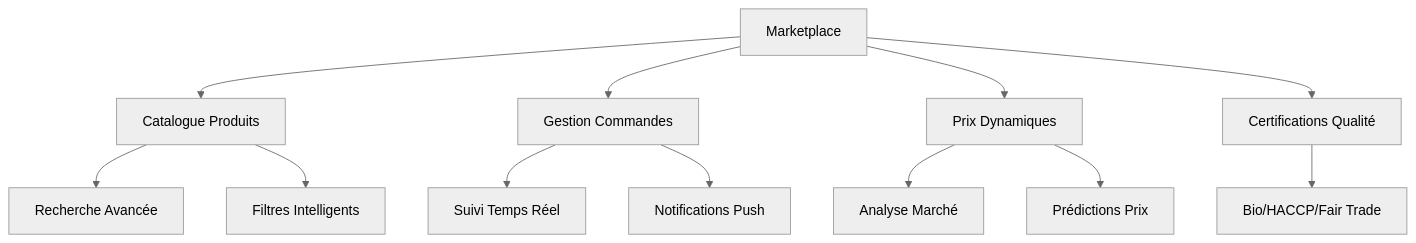
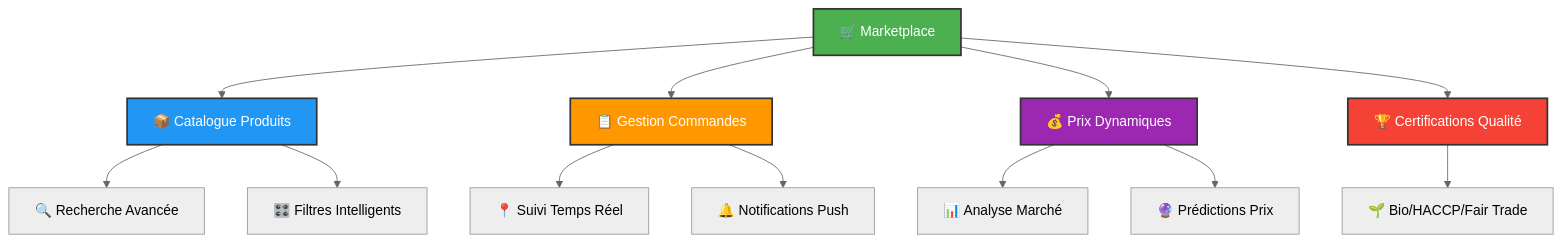
Before and after one commit to MaximeKELI/Projet-AGRICOLE: the fourth of 13 diagrams in README.md, drawn with Mermaid (neutral theme). The commit also changed other lines of this file and 2 other files, not shown here.

````diff
--- a/README.md
+++ b/README.md
@@ -117,14 +470,20 @@
 ```mermaid
 graph TD
-    A[Marketplace] --> B[Catalogue Produits]
-    A --> C[Gestion Commandes]
-    A --> D[Prix Dynamiques]
-    A --> E[Certifications Qualité]
-    B --> F[Recherche Avancée]
-    B --> G[Filtres Intelligents]
-    C --> H[Suivi Temps Réel]
-    C --> I[Notifications Push]
-    D --> J[Analyse Marché]
-    D --> K[Prédictions Prix]
-    E --> L[Bio/HACCP/Fair Trade]
+    A[🛒 Marketplace] --> B[📦 Catalogue Produits]
+    A --> C[📋 Gestion Commandes]
+    A --> D[💰 Prix Dynamiques]
+    A --> E[🏆 Certifications Qualité]
+    B --> F[🔍 Recherche Avancée]
+    B --> G[🎛️ Filtres Intelligents]
+    C --> H[📍 Suivi Temps Réel]
+    C --> I[🔔 Notifications Push]
+    D --> J[📊 Analyse Marché]
+    D --> K[🔮 Prédictions Prix]
+    E --> L[🌱 Bio/HACCP/Fair Trade]
+    
+    style A fill:#4CAF50,stroke:#333,stroke-width:2px,color:#fff
+    style B fill:#2196F3,stroke:#333,stroke-width:2px,color:#fff
+    style C fill:#FF9800,stroke:#333,stroke-width:2px,color:#fff
+    style D fill:#9C27B0,stroke:#333,stroke-width:2px,color:#fff
+    style E fill:#F44336,stroke:#333,stroke-width:2px,color:#fff
 ```
````
